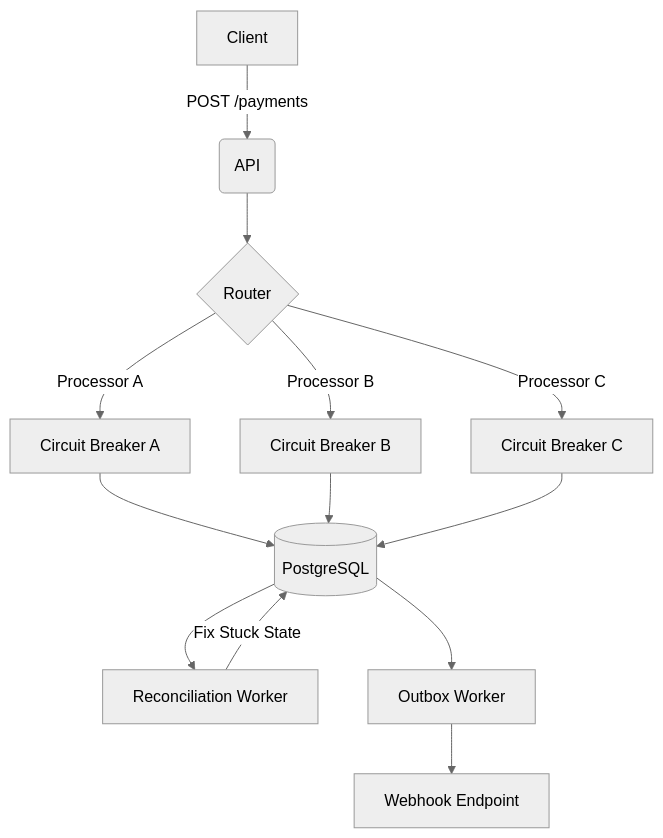
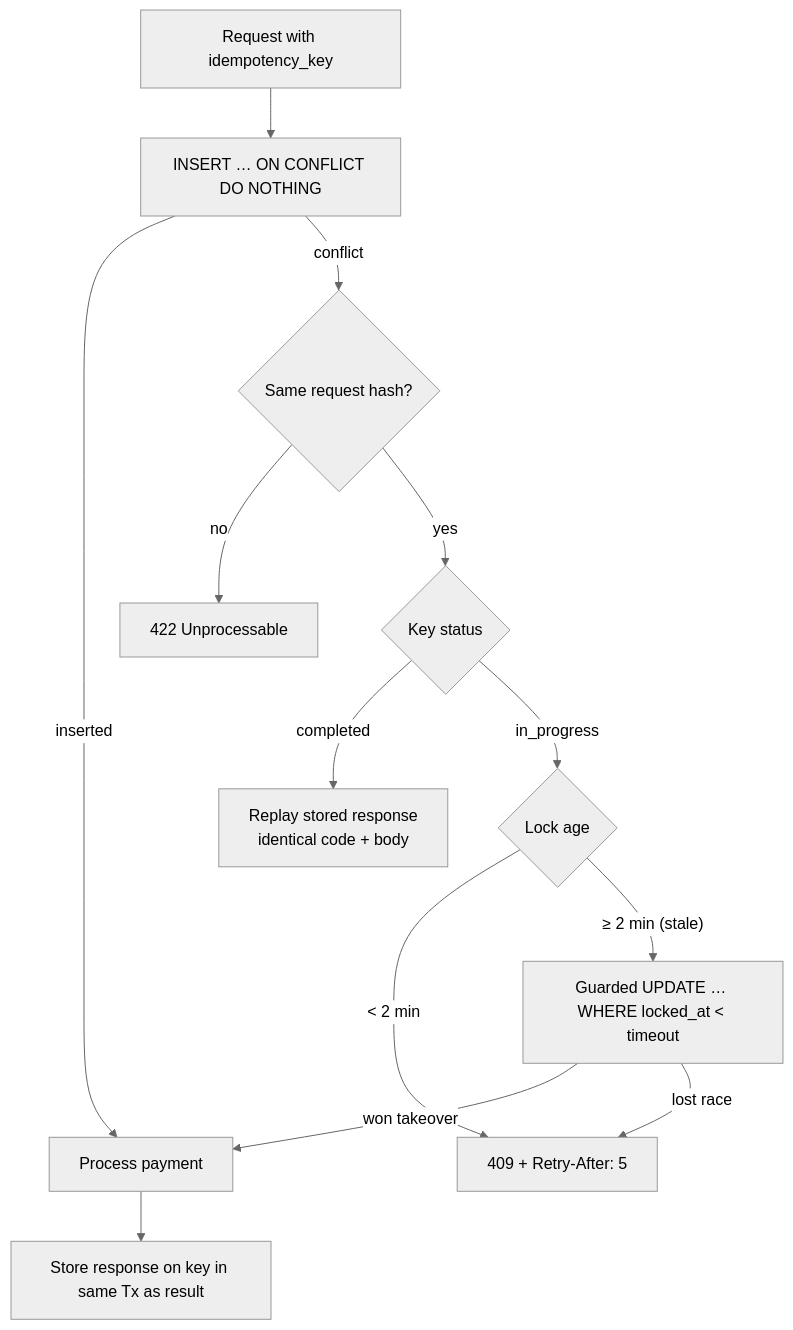
Before and after one commit to shritaetta/payment-orchestrator: the fifth of 7 diagrams in README.md, drawn with Mermaid (neutral theme). The commit also changed other lines of this file, not shown here.

````diff
--- a/README.md
+++ b/README.md
@@ -7,15 +345,15 @@
 ```mermaid
-graph TD
-    A[Client] -->|POST /payments| B(API)
-    B --> C{Router}
-    C -->|Processor A| D[Circuit Breaker A]
-    C -->|Processor B| E[Circuit Breaker B]
-    C -->|Processor C| F[Circuit Breaker C]
-    D --> G[(PostgreSQL)]
-    E --> G
-    F --> G
-    G --> H[Reconciliation Worker]
-    G --> I[Outbox Worker]
-    I --> J[Webhook Endpoint]
-    H -->|Fix Stuck State| G
+flowchart TD
+    A[Request with idempotency_key] --> B["INSERT … ON CONFLICT DO NOTHING"]
+    B -->|inserted| P[Process payment]
+    B -->|conflict| C{Same request hash?}
+    C -->|no| E422[422 Unprocessable]
+    C -->|yes| D{Key status}
+    D -->|completed| R[Replay stored response<br/>identical code + body]
+    D -->|in_progress| L{Lock age}
+    L -->|"< 2 min"| E409["409 + Retry-After: 5"]
+    L -->|"≥ 2 min (stale)"| T["Guarded UPDATE … WHERE locked_at < timeout"]
+    T -->|won takeover| P
+    T -->|lost race| E409
+    P --> S[Store response on key in same Tx as result]
 ```
````
